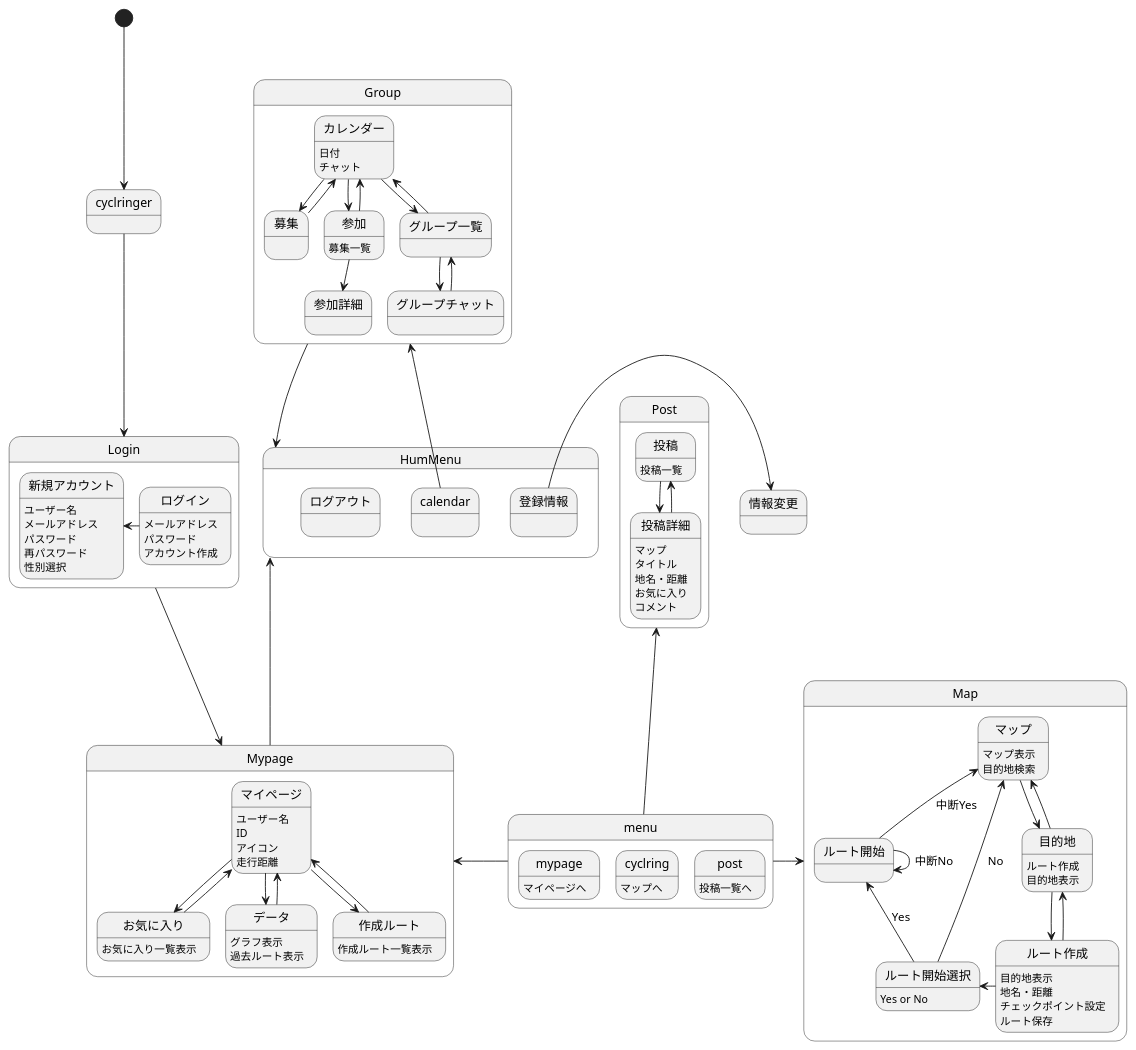
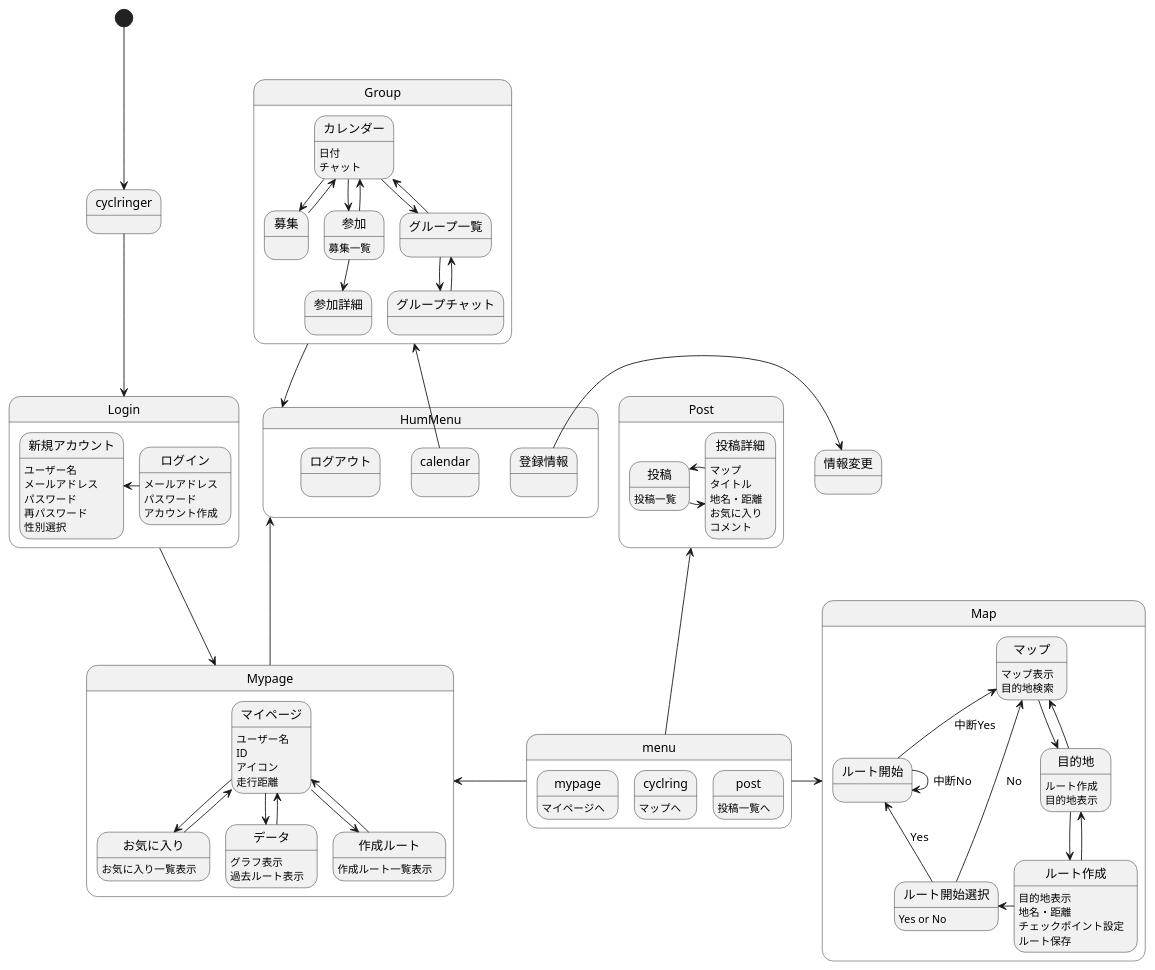
One commit to AsoSD3A3/CyclingSystem changed the diagram in 画面遷移図/gm.md. Above: the diagram before and after it, drawn with PlantUML.

```diff
--- a/画面遷移図/gm.md
+++ b/画面遷移図/gm.md
@@ -102,7 +102,7 @@
 
 投稿:投稿一覧
 投稿-right->投稿詳細
-投稿詳細-->投稿
+投稿詳細-left->投稿
 投稿詳細:マップ
 投稿詳細:タイトル
 投稿詳細:地名・距離
```
